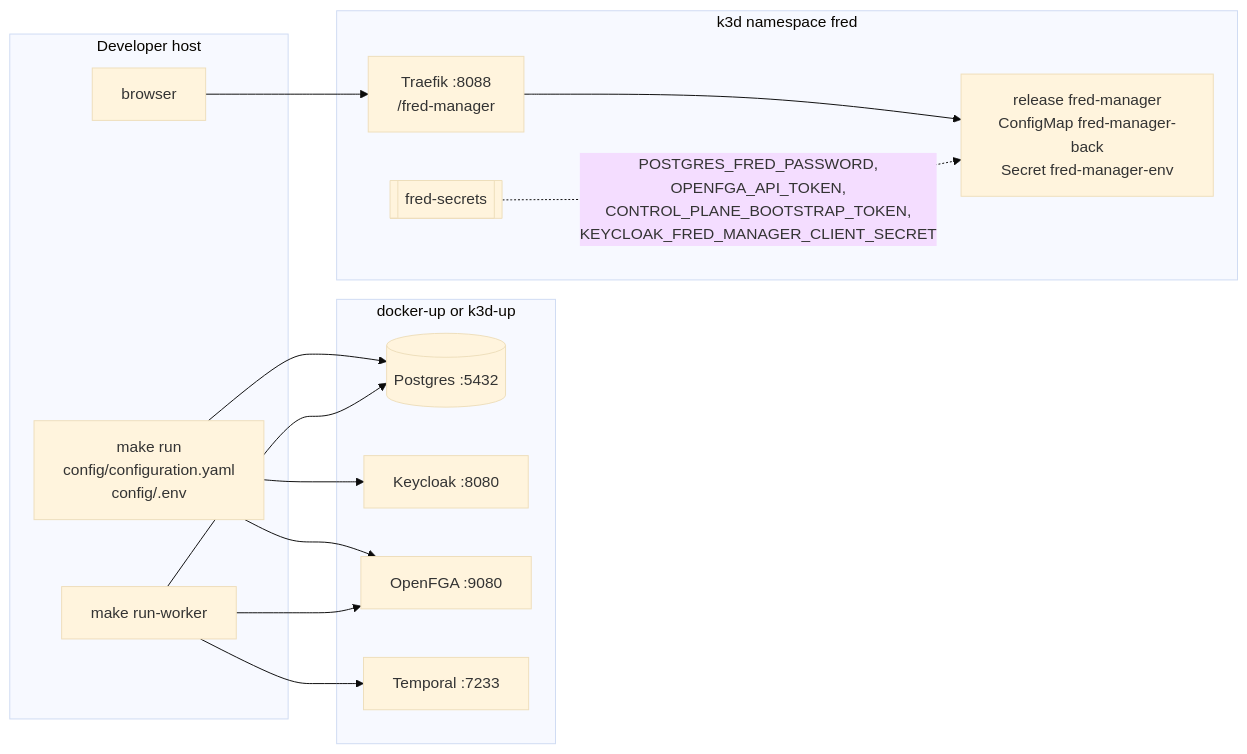
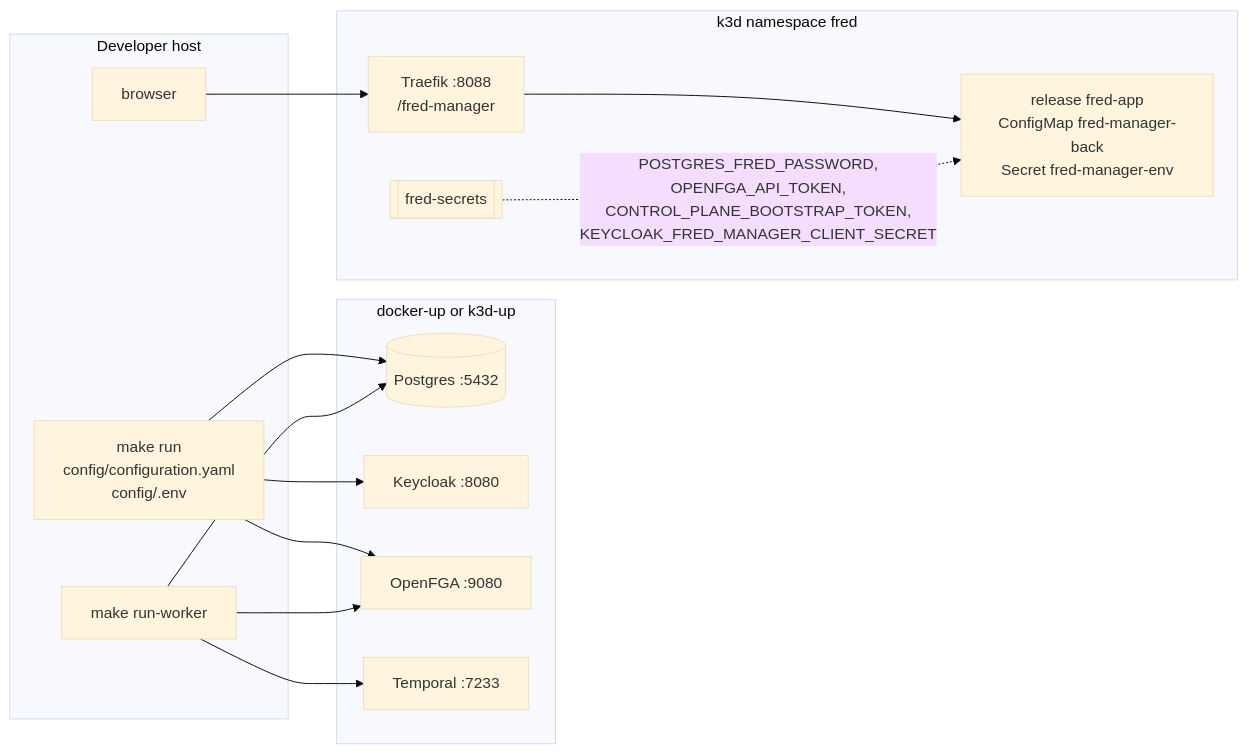
One commit to ThalesGroup/fred changed the diagram in docs/architecture/A3-manager-operations.md. Above: the diagram before and after it, drawn with Mermaid (base theme). The commit also changed other lines of this file and 44 other files, not shown here.

Commit message:
feat(#3092): integrate manager into the Fred deployment

````diff
--- a/docs/architecture/A3-manager-operations.md
+++ b/docs/architecture/A3-manager-operations.md
@@ -201,23 +201,23 @@
 ```mermaid
 flowchart LR
     subgraph host [Developer host]
         run["make run<br/>config/configuration.yaml<br/>config/.env"]
         worker["make run-worker"]
         browser["browser"]
     end
     subgraph infra [docker-up or k3d-up]
         pg[("Postgres :5432")]
         kc["Keycloak :8080"]
         fga["OpenFGA :9080"]
         tmp["Temporal :7233"]
     end
     subgraph cluster [k3d namespace fred]
-        pod["release fred-manager<br/>ConfigMap fred-manager-back<br/>Secret fred-manager-env"]
+        pod["release fred-app<br/>ConfigMap fred-manager-back<br/>Secret fred-manager-env"]
         secrets[["fred-secrets"]]
         traefik["Traefik :8088<br/>/fred-manager"]
     end
     run --> pg & kc & fga
     worker --> pg & fga & tmp
     browser --> traefik --> pod
     secrets -. "POSTGRES_FRED_PASSWORD,<br/>OPENFGA_API_TOKEN,<br/>CONTROL_PLANE_BOOTSTRAP_TOKEN,<br/>KEYCLOAK_FRED_MANAGER_CLIENT_SECRET" .-> pod
 ```
````
